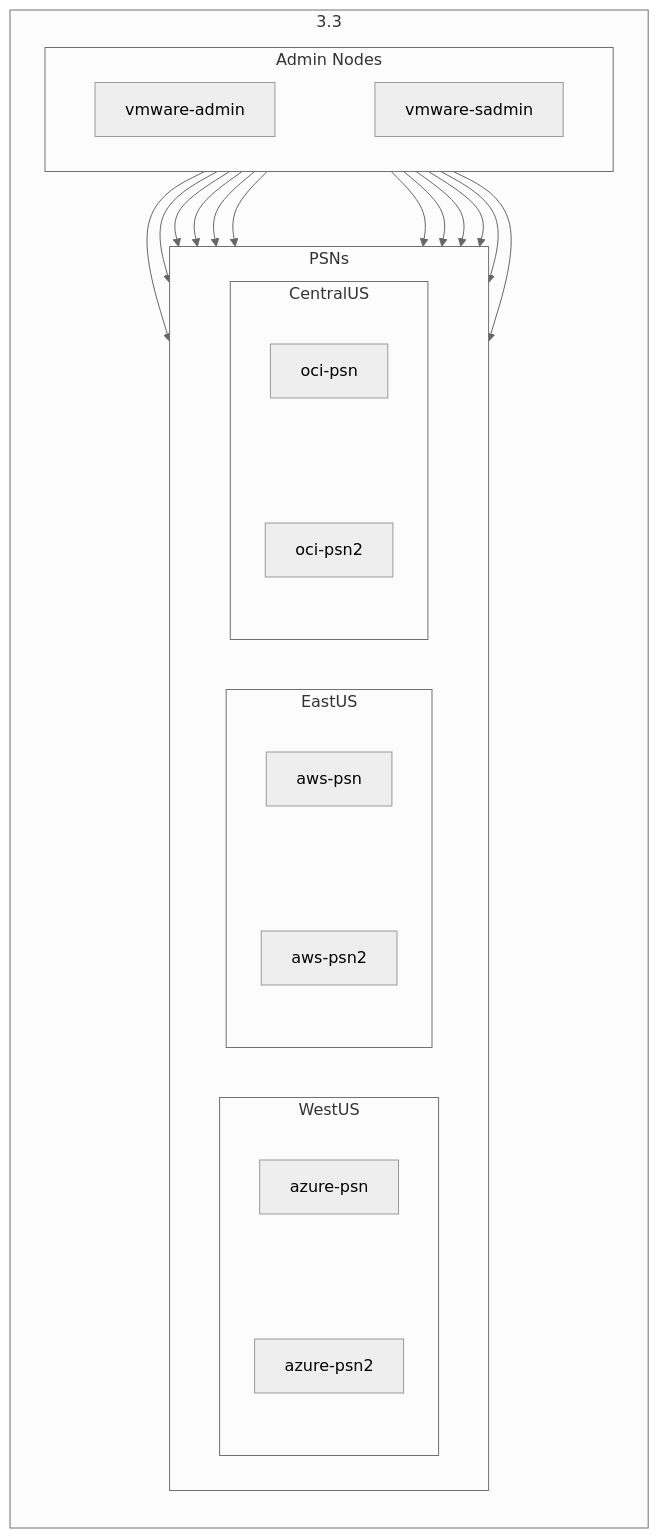
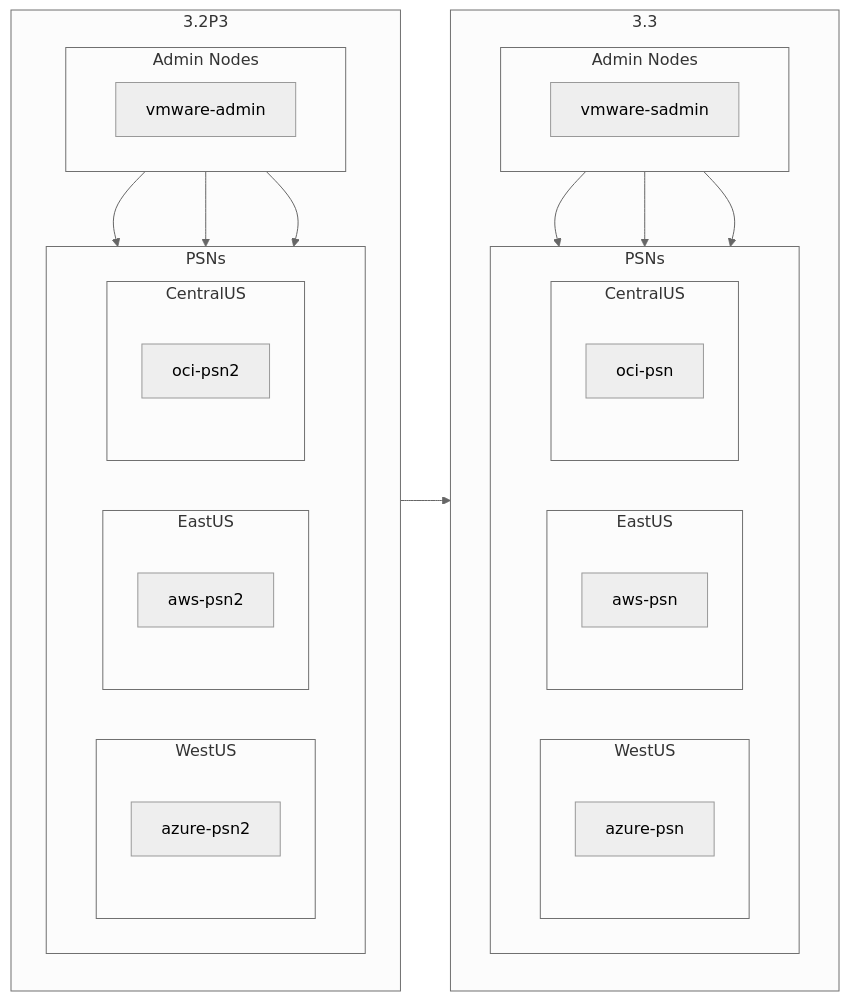
One commit to ISEDemoLab/Upgrade_ISE_in_Hybrid_Cloud changed the diagram in iteration_1/ReadMe.md. Above: the diagram before and after it, drawn with Mermaid (neutral theme). The commit also changed other lines of this file, not shown here.

Commit message:
Added deployment diagram

````diff
--- a/iteration_1/ReadMe.md
+++ b/iteration_1/ReadMe.md
@@ -22,26 +24,50 @@
 ```mermaid
 flowchart LR
+    subgraph 3.2P3
+      direction TB
+      subgraph Admin Nodes
+        direction LR
+        vmware-admin
+      end
+      subgraph PSNs
+        direction LR
+        subgraph WestUS
+          direction TB
+          azure-psn2
+        end
+        subgraph EastUS
+          direction TB
+          aws-psn2
+        end
+        subgraph CentralUS
+          direction TB
+          oci-psn2
+        end
+      end
+    end
+    vmware-admin --> aws-psn2 & azure-psn2 & oci-psn2
     subgraph 3.3
       direction TB
       subgraph Admin Nodes2[Admin Nodes]
         direction LR
-        vmware-admin ~~~ vmware-sadmin
+        vmware-sadmin
       end
       subgraph PSNs2[PSNs]
         direction LR
         subgraph WestUS2[WestUS]
           direction TB
-          azure-psn ~~~ azure-psn2
+          azure-psn
         end
         subgraph EastUS2[EastUS]
           direction TB
-          aws-psn ~~~ aws-psn2
+          aws-psn
         end
         subgraph CentralUS2[CentralUS]
           direction TB
-          oci-psn ~~~ oci-psn2
+          oci-psn
         end
       end
     end
-    vmware-admin & vmware-sadmin --> aws-psn & aws-psn2 & azure-psn & azure-psn2 & oci-psn & oci-psn2
+    3.2P3-->3.3
+    vmware-sadmin --> aws-psn & azure-psn & oci-psn
 ```
````
